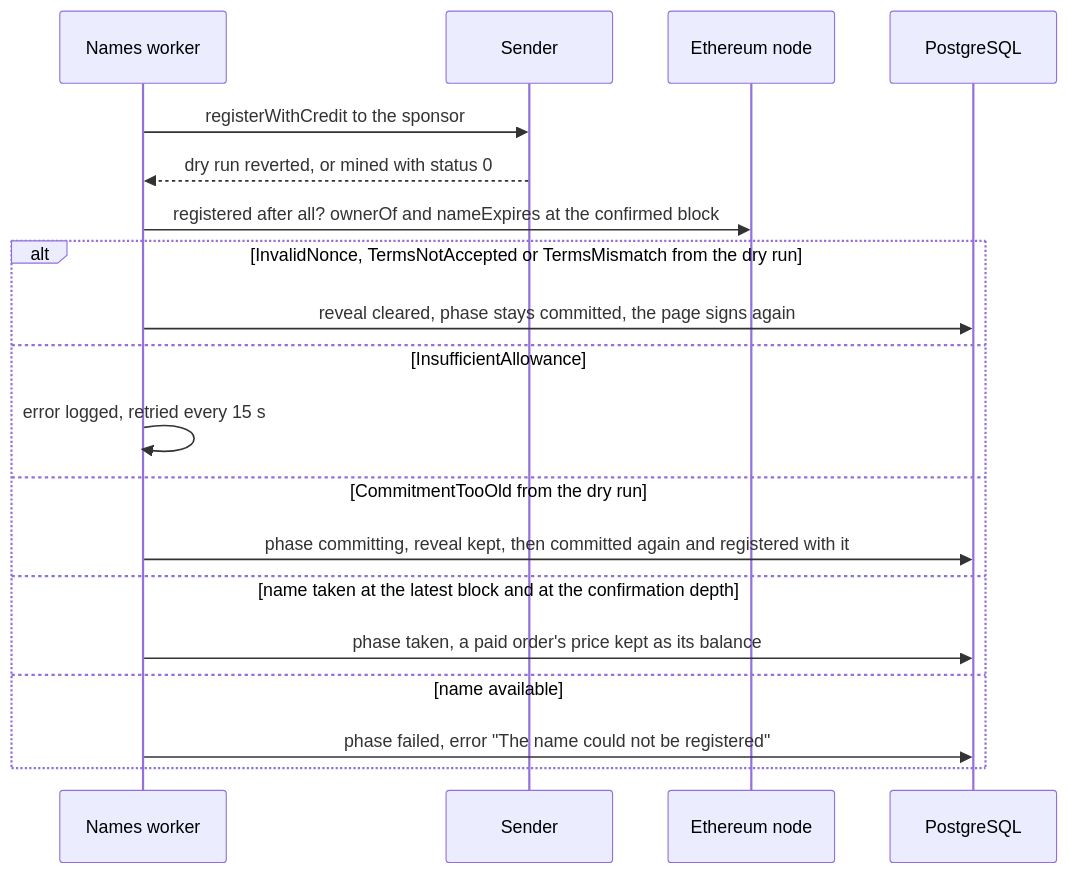
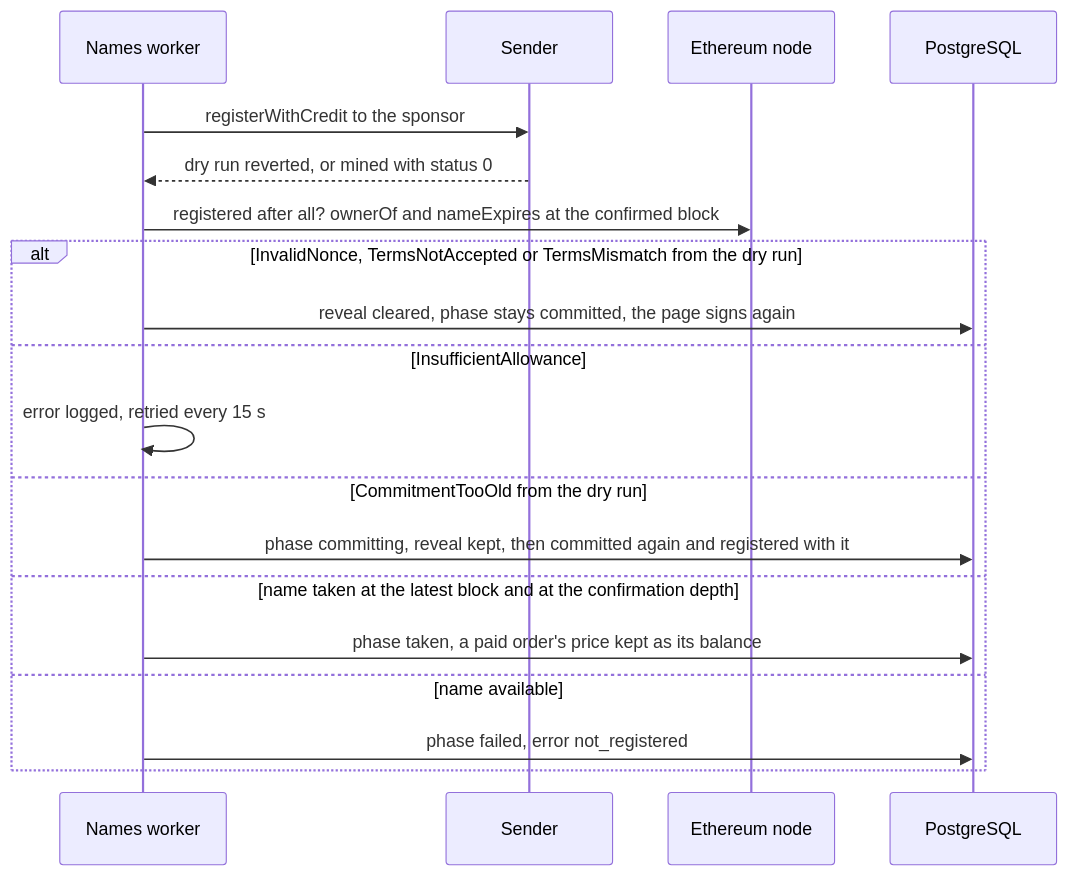
Before and after one commit to simplex-chat/simplex-chat: the sixth of 14 diagrams in apps/simplex-store-service/docs/names.md, drawn with Mermaid. The commit also changed other lines of this file and 24 other files, not shown here.

````diff
--- a/apps/simplex-store-service/docs/names.md
+++ b/apps/simplex-store-service/docs/names.md
@@ -339,21 +339,21 @@
 ```mermaid
 sequenceDiagram
   participant K as Names worker
   participant S as Sender
   participant E as Ethereum node
   participant D as PostgreSQL
   K->>S: registerWithCredit to the sponsor
   S-->>K: dry run reverted, or mined with status 0
   K->>E: registered after all? ownerOf and nameExpires at the confirmed block
   alt InvalidNonce, TermsNotAccepted or TermsMismatch from the dry run
     K->>D: reveal cleared, phase stays committed, the page signs again
   else InsufficientAllowance
     K->>K: error logged, retried every 15 s
   else CommitmentTooOld from the dry run
     K->>D: phase committing, reveal kept, then committed again and registered with it
   else name taken at the latest block and at the confirmation depth
     K->>D: phase taken, a paid order's price kept as its balance
   else name available
-    K->>D: phase failed, error "The name could not be registered"
+    K->>D: phase failed, error not_registered
   end
 ```
````
